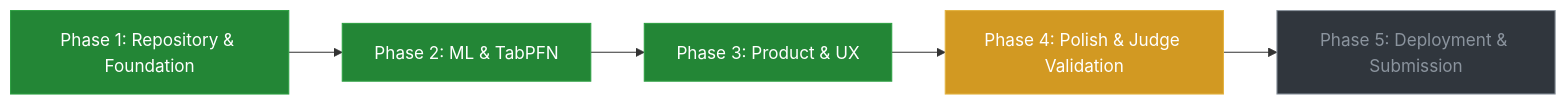
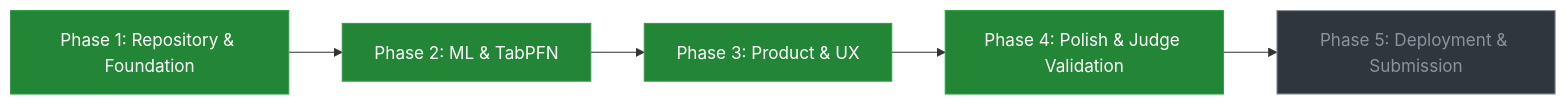
Before and after one commit to Aryanxp1/terrapfn: the diagram in docs/ROADMAP.md, drawn with Mermaid. The commit also changed other lines of this file, not shown here.

First line of the commit message:
phase4: mark COMPLETE - all deliverables verified

````diff
--- a/docs/ROADMAP.md
+++ b/docs/ROADMAP.md
@@ -15,15 +15,14 @@
 ```mermaid
 flowchart LR
     P1[Phase 1: Repository & Foundation] --> P2[Phase 2: ML & TabPFN]
     P2 --> P3[Phase 3: Product & UX]
     P3 --> P4[Phase 4: Polish & Judge Validation]
     P4 --> P5[Phase 5: Deployment & Submission]
     
     classDef complete fill:#238636,stroke:#2ea043,color:#fff;
     classDef inprogress fill:#d29922,stroke:#e3b341,color:#fff;
     classDef notstarted fill:#30363d,stroke:#8b949e,color:#8b949e;
     
-    class P1,P2,P3 complete;
-    class P4 inprogress;
+    class P1,P2,P3,P4 complete;
     class P5 notstarted;
 ```
````
